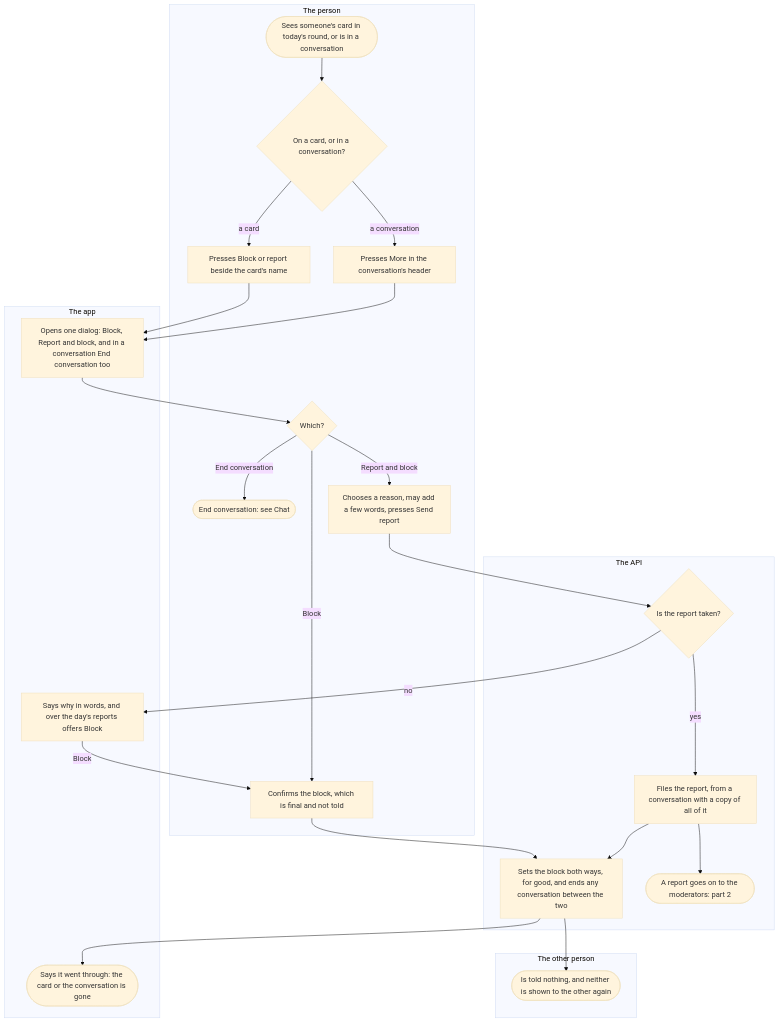
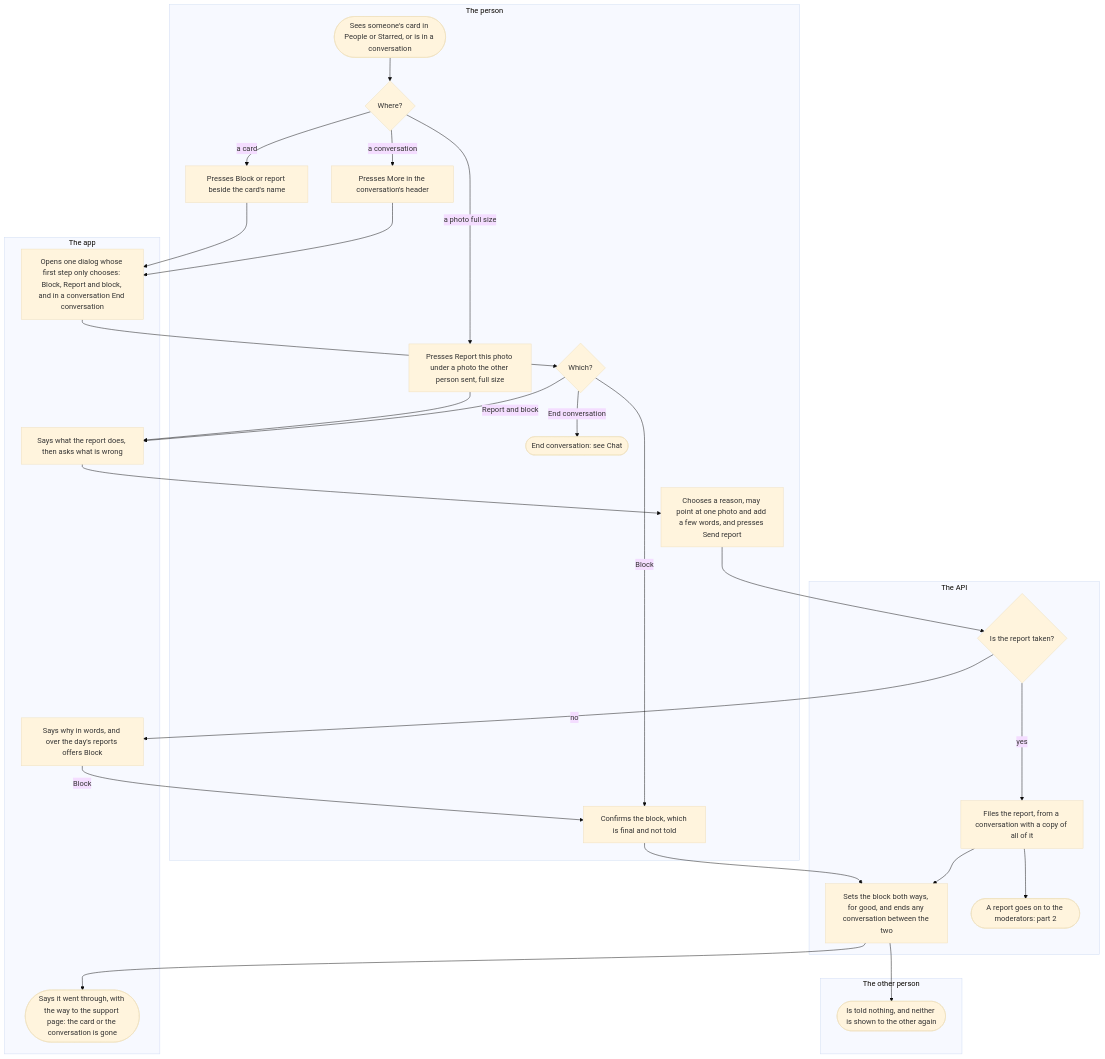
Before and after one commit to kuutti-ry/kuutti-app: the first of 2 diagrams in docs/flows/report-and-block.md, drawn with Mermaid (base theme). The commit also changed other lines of this file and 41 other files, not shown here.

First line of the commit message:
Redraw the user flows against today's main, held by check:docs

````diff
--- a/docs/flows/report-and-block.md
+++ b/docs/flows/report-and-block.md
@@ -7,47 +30,52 @@
 ```mermaid
 flowchart TB
   accTitle: Report and block, part 1: blocking and reporting
-  accDescr: From a card in the round, or from More in a conversation, the person opens one dialog and blocks, or reports and blocks with a reason and a few words. The API refuses a report over the day's reports or past the time a conversation can still be reported, in words. Otherwise it files the report, from a conversation with a copy of all of it, and sets the block, which is final and ends any conversation between the two. The card or the conversation goes at once, the other person is told nothing, and a report goes on to the moderators.
+  accDescr: From a card in People or Starred, from More in a conversation, or from a photo the other person sent, the person opens one dialog whose first step only chooses, and blocks, or reports and blocks with a reason, perhaps the one photo it is about, and a few words. The API refuses a report over the day's reports or past the time a conversation can still be reported, in words. Otherwise it files the report, from a conversation with a copy of all of it, and sets the block, which is final and ends any conversation between the two. The card or the conversation goes at once, with the way to the support page, the other person is told nothing, and a report goes on to the moderators.
   subgraph person["The person"]
-    s1(["Sees someone's card in today's round, or is in a conversation"])
-    s2{"On a card, or in a conversation?"}
+    s1(["Sees someone's card in People or Starred, or is in a conversation"])
+    s2{"Where?"}
     s3["Presses Block or report beside the card's name"]
     s4["Presses More in the conversation's header"]
-    s6{"Which?"}
-    s7(["End conversation: see Chat"])
-    s8["Confirms the block, which is final and not told"]
-    s9["Chooses a reason, may add a few words, presses Send report"]
+    s5["Presses Report this photo under a photo the other person sent, full size"]
+    s7{"Which?"}
+    s8(["End conversation: see Chat"])
+    s9["Confirms the block, which is final and not told"]
+    s11["Chooses a reason, may point at one photo and add a few words, and presses Send report"]
   end
   subgraph app["The app"]
-    s5["Opens one dialog: Block, Report and block, and in a conversation End conversation too"]
-    s11["Says why in words, and over the day's reports offers Block"]
-    s14(["Says it went through: the card or the conversation is gone"])
+    s6["Opens one dialog whose first step only chooses: Block, Report and block, and in a conversation End conversation"]
+    s10["Says what the report does, then asks what is wrong"]
+    s13["Says why in words, and over the day's reports offers Block"]
+    s16(["Says it went through, with the way to the support page: the card or the conversation is gone"])
   end
   subgraph api["The API"]
-    s10{"Is the report taken?"}
-    s12["Files the report, from a conversation with a copy of all of it"]
-    s13["Sets the block both ways, for good, and ends any conversation between the two"]
-    s16(["A report goes on to the moderators: part 2"])
+    s12{"Is the report taken?"}
+    s14["Files the report, from a conversation with a copy of all of it"]
+    s15["Sets the block both ways, for good, and ends any conversation between the two"]
+    s18(["A report goes on to the moderators: part 2"])
   end
   subgraph other["The other person"]
-    s15(["Is told nothing, and neither is shown to the other again"])
+    s17(["Is told nothing, and neither is shown to the other again"])
   end
   s1 --> s2
   s2 -->|"a card"| s3
   s2 -->|"a conversation"| s4
-  s3 --> s5
-  s4 --> s5
-  s5 --> s6
-  s6 -->|"End conversation"| s7
-  s6 -->|"Block"| s8
-  s6 -->|"Report and block"| s9
-  s8 --> s13
-  s9 --> s10
-  s10 -->|"no"| s11
-  s11 -->|"Block"| s8
-  s10 -->|"yes"| s12
-  s12 --> s13
-  s12 --> s16
-  s13 --> s14
-  s13 --> s15
+  s2 -->|"a photo full size"| s5
+  s3 --> s6
+  s4 --> s6
+  s5 --> s10
+  s6 --> s7
+  s7 -->|"End conversation"| s8
+  s7 -->|"Block"| s9
+  s7 -->|"Report and block"| s10
+  s9 --> s15
+  s10 --> s11
+  s11 --> s12
+  s12 -->|"no"| s13
+  s13 -->|"Block"| s9
+  s12 -->|"yes"| s14
+  s14 --> s15
+  s14 --> s18
+  s15 --> s16
+  s15 --> s17
 ```
````
